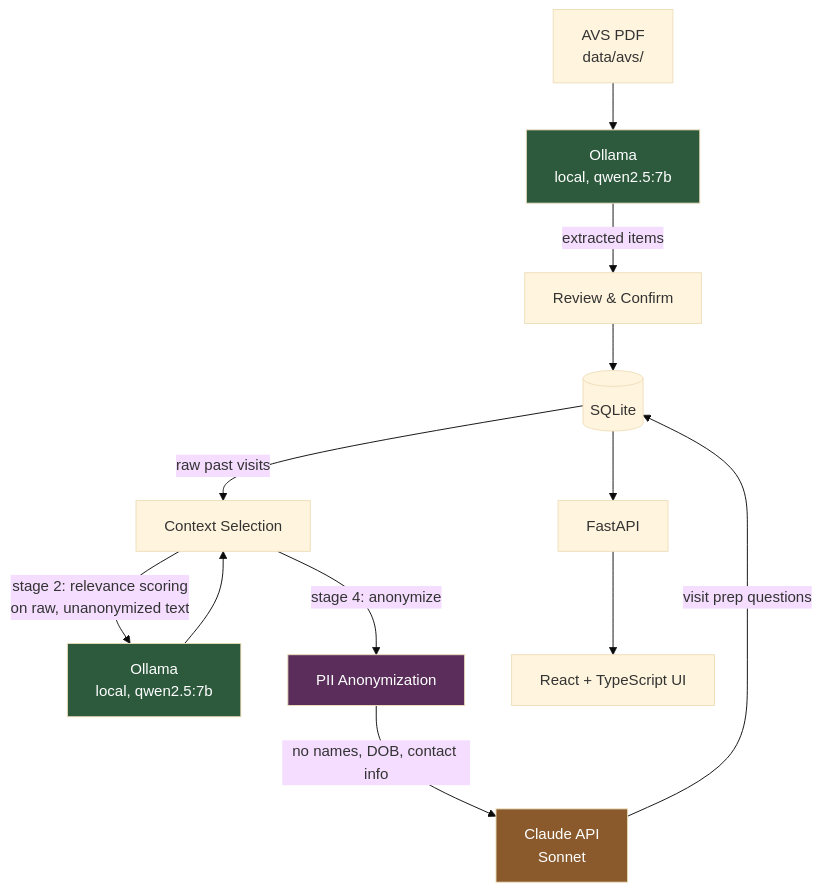
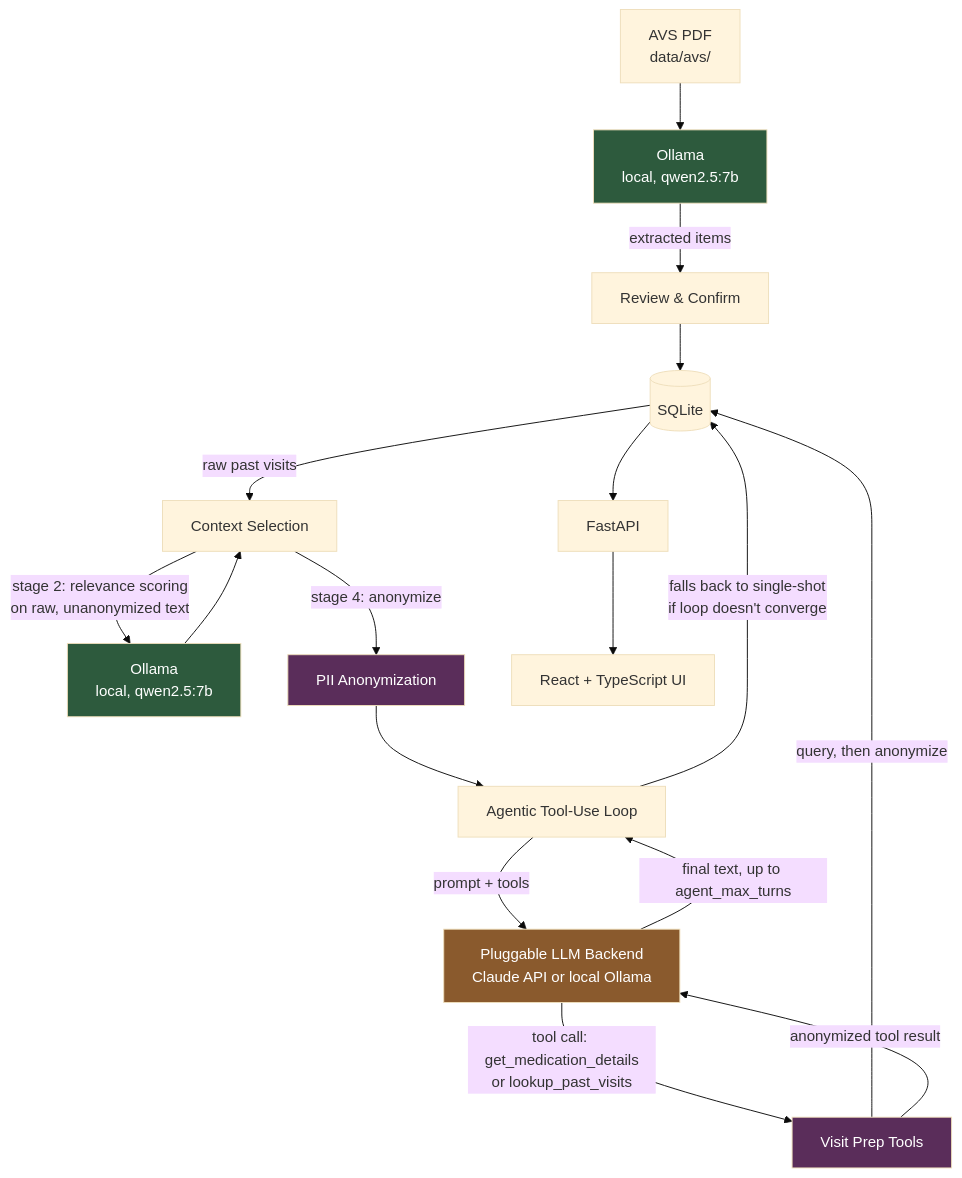
The diagram in README.md (nidhi-menon/HealthSteward), drawn with Mermaid (base theme) before and after one commit. The commit also changed other lines of this file and 8 other files, not shown here.

First line of the commit message:
Add pluggable LLM backend and agentic tool-use loop for visit prep

````diff
--- a/README.md
+++ b/README.md
@@ -48,21 +48,28 @@
 ```mermaid
 flowchart TD
     PDF[AVS PDF<br/>data/avs/] --> OllamaParse[Ollama<br/>local, qwen2.5:7b]
     OllamaParse -->|extracted items| Review[Review & Confirm]
     Review --> DB[(SQLite)]
 
     DB -->|raw past visits| Select[Context Selection]
     Select -->|stage 2: relevance scoring<br/>on raw, unanonymized text| OllamaScore[Ollama<br/>local, qwen2.5:7b]
     OllamaScore --> Select
     Select -->|stage 4: anonymize| Anon[PII Anonymization]
-    Anon -->|no names, DOB, contact info| Claude[Claude API<br/>Sonnet]
-    Claude -->|visit prep questions| DB
+    Anon --> Loop[Agentic Tool-Use Loop]
+
+    Loop -->|prompt + tools| Backend[Pluggable LLM Backend<br/>Claude API or local Ollama]
+    Backend -->|tool call: get_medication_details<br/>or lookup_past_visits| Tools[Visit Prep Tools]
+    Tools -->|query, then anonymize| DB
+    Tools -->|anonymized tool result| Backend
+    Backend -->|final text, up to agent_max_turns| Loop
+    Loop -->|falls back to single-shot<br/>if loop doesn't converge| DB
 
     DB --> API[FastAPI]
     API --> UI[React + TypeScript UI]
 
     style OllamaParse fill:#2d5a3d,color:#fff
     style OllamaScore fill:#2d5a3d,color:#fff
-    style Claude fill:#8a5a2d,color:#fff
+    style Backend fill:#8a5a2d,color:#fff
     style Anon fill:#5a2d5a,color:#fff
+    style Tools fill:#5a2d5a,color:#fff
 ```
````
